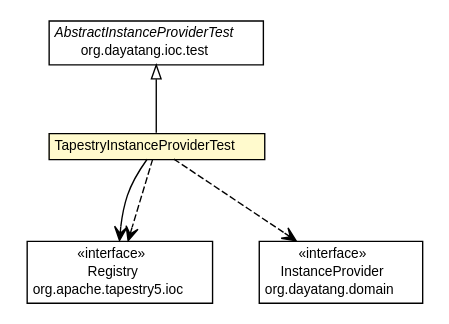
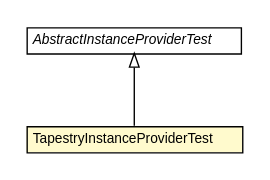
Before and after one commit to dayatang/dddlib: the diagram in dddlib-ioc/dddlib-ioc-tapestry/testapidocs/org/dayatang/ioc/tapestry/factory/TapestryInstanceProviderTest.dot, drawn with Graphviz. The commit also changed 101 other files, not shown here.

```diff
--- a/dddlib-ioc/dddlib-ioc-tapestry/testapidocs/org/dayatang/ioc/tapestry/factory/TapestryInstanceProviderTest.dot
+++ b/dddlib-ioc/dddlib-ioc-tapestry/testapidocs/org/dayatang/ioc/tapestry/factory/TapestryInstanceProviderTest.dot
@@ -1,49 +1,26 @@
 #!/usr/local/bin/dot
 #
 # Class diagram 
 # Generated by UMLGraph version R5_6_6-8-g8d7759 (http://www.umlgraph.org/)
 #
 
 digraph G {
 	edge [fontname="Helvetica",fontsize=10,labelfontname="Helvetica",labelfontsize=10];
 	node [fontname="Helvetica",fontsize=10,shape=plaintext];
 	nodesep=0.25;
 	ranksep=0.5;
 	// org.dayatang.ioc.tapestry.factory.TapestryInstanceProviderTest
-	c10 [label=<<table title="org.dayatang.ioc.tapestry.factory.TapestryInstanceProviderTest" border="0" cellborder="1" cellspacing="0" cellpadding="2" port="p" bgcolor="lemonChiffon" href="./TapestryInstanceProviderTest.html">
+	c6 [label=<<table title="org.dayatang.ioc.tapestry.factory.TapestryInstanceProviderTest" border="0" cellborder="1" cellspacing="0" cellpadding="2" port="p" bgcolor="lemonChiffon" href="./TapestryInstanceProviderTest.html">
 		<tr><td><table border="0" cellspacing="0" cellpadding="1">
 <tr><td align="center" balign="center"> TapestryInstanceProviderTest </td></tr>
 		</table></td></tr>
 		</table>>, URL="./TapestryInstanceProviderTest.html", fontname="Helvetica", fontcolor="black", fontsize=10.0];
 	//org.dayatang.ioc.tapestry.factory.TapestryInstanceProviderTest extends org.dayatang.ioc.test.AbstractInstanceProviderTest
-	c11:p -> c10:p [dir=back,arrowtail=empty];
-	// org.dayatang.ioc.tapestry.factory.TapestryInstanceProviderTest NAVASSOC org.apache.tapestry5.ioc.Registry
-	c10:p -> c13:p [taillabel="", label=" "headlabel="", fontname="Helvetica", fontcolor="black", fontsize=10.0, color="black", arrowhead=open];
-	// org.dayatang.ioc.tapestry.factory.TapestryInstanceProviderTest DEPEND org.dayatang.domain.InstanceProvider
-	c10:p -> c15:p [taillabel="", label=" "headlabel="", fontname="Helvetica", fontcolor="black", fontsize=10.0, color="black", arrowhead=open, style=dashed];
-	// org.dayatang.ioc.tapestry.factory.TapestryInstanceProviderTest DEPEND org.apache.tapestry5.ioc.Registry
-	c10:p -> c13:p [taillabel="", label=" "headlabel="", fontname="Helvetica", fontcolor="black", fontsize=10.0, color="black", arrowhead=open, style=dashed];
-	// org.apache.tapestry5.ioc.Registry
-	c13 [label=<<table title="org.apache.tapestry5.ioc.Registry" border="0" cellborder="1" cellspacing="0" cellpadding="2" port="p" href="http://java.sun.com/j2se/1.4.2/docs/api/org/apache/tapestry5/ioc/Registry.html">
-		<tr><td><table border="0" cellspacing="0" cellpadding="1">
-<tr><td align="center" balign="center"> &#171;interface&#187; </td></tr>
-<tr><td align="center" balign="center"> Registry </td></tr>
-<tr><td align="center" balign="center"> org.apache.tapestry5.ioc </td></tr>
-		</table></td></tr>
-		</table>>, URL="http://java.sun.com/j2se/1.4.2/docs/api/org/apache/tapestry5/ioc/Registry.html", fontname="Helvetica", fontcolor="black", fontsize=10.0];
-	// org.dayatang.domain.InstanceProvider
-	c15 [label=<<table title="org.dayatang.domain.InstanceProvider" border="0" cellborder="1" cellspacing="0" cellpadding="2" port="p" href="http://java.sun.com/j2se/1.4.2/docs/api/org/dayatang/domain/InstanceProvider.html">
-		<tr><td><table border="0" cellspacing="0" cellpadding="1">
-<tr><td align="center" balign="center"> &#171;interface&#187; </td></tr>
-<tr><td align="center" balign="center"> InstanceProvider </td></tr>
-<tr><td align="center" balign="center"> org.dayatang.domain </td></tr>
-		</table></td></tr>
-		</table>>, URL="http://java.sun.com/j2se/1.4.2/docs/api/org/dayatang/domain/InstanceProvider.html", fontname="Helvetica", fontcolor="black", fontsize=10.0];
+	c7:p -> c6:p [dir=back,arrowtail=empty];
 	// org.dayatang.ioc.test.AbstractInstanceProviderTest
-	c11 [label=<<table title="org.dayatang.ioc.test.AbstractInstanceProviderTest" border="0" cellborder="1" cellspacing="0" cellpadding="2" port="p" href="http://java.sun.com/j2se/1.4.2/docs/api/org/dayatang/ioc/test/AbstractInstanceProviderTest.html">
+	c7 [label=<<table title="org.dayatang.ioc.test.AbstractInstanceProviderTest" border="0" cellborder="1" cellspacing="0" cellpadding="2" port="p">
 		<tr><td><table border="0" cellspacing="0" cellpadding="1">
 <tr><td align="center" balign="center"><font face="Helvetica-Oblique"> AbstractInstanceProviderTest </font></td></tr>
-<tr><td align="center" balign="center"> org.dayatang.ioc.test </td></tr>
 		</table></td></tr>
-		</table>>, URL="http://java.sun.com/j2se/1.4.2/docs/api/org/dayatang/ioc/test/AbstractInstanceProviderTest.html", fontname="Helvetica", fontcolor="black", fontsize=10.0];
+		</table>>, URL="null", fontname="Helvetica", fontcolor="black", fontsize=10.0];
 }
```
